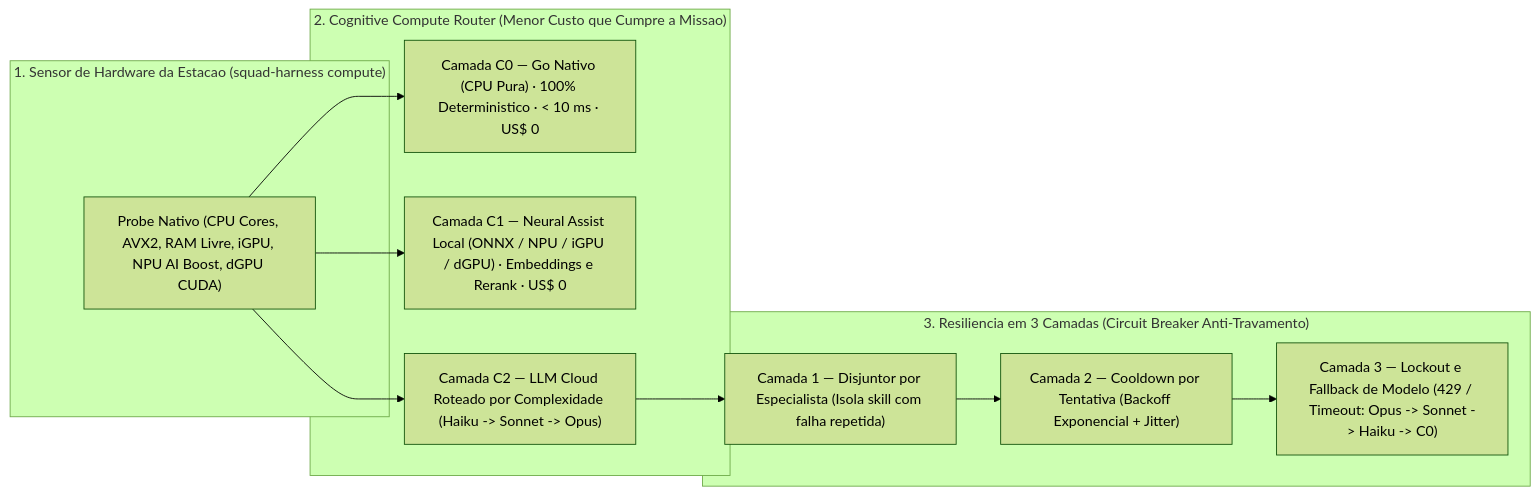
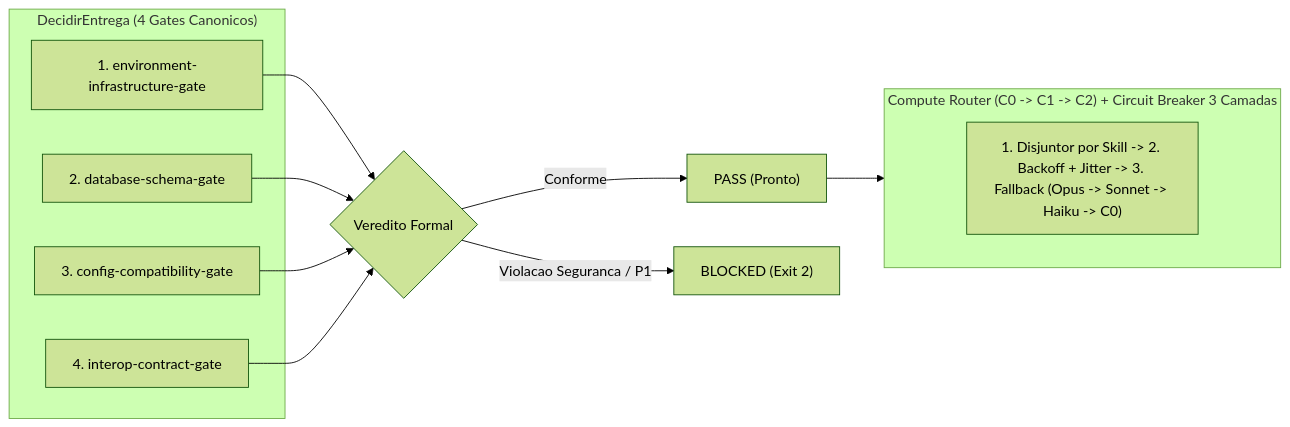
Before and after one commit to thiago701/squad-ai-harness: the third of 3 diagrams in README.md, drawn with Mermaid (forest theme). The commit also changed other lines of this file, not shown here.

Commit message:
docs(readme): refina e enxuga documentacao do core, diagramas e legendas didaticas

````diff
--- a/README.md
+++ b/README.md
@@ -277,25 +179,25 @@
 ```mermaid
 flowchart LR
-    subgraph HW["1. Sensor de Hardware da Estacao (squad-harness compute)"]
-        PROBE["Probe Nativo (CPU Cores, AVX2, RAM Livre, iGPU, NPU AI Boost, dGPU CUDA)"]
+    subgraph GATES["DecidirEntrega (4 Gates Canonicos)"]
+        G1["1. environment-infrastructure-gate"]
+        G2["2. database-schema-gate"]
+        G3["3. config-compatibility-gate"]
+        G4["4. interop-contract-gate"]
     end
 
-    subgraph ROUTER["2. Cognitive Compute Router (Menor Custo que Cumpre a Missao)"]
-        R_C0["Camada C0 — Go Nativo (CPU Pura) · 100% Deterministico · < 10 ms · US$ 0"]
-        R_C1["Camada C1 — Neural Assist Local (ONNX / NPU / iGPU / dGPU) · Embeddings e Rerank · US$ 0"]
-        R_C2["Camada C2 — LLM Cloud Roteado por Complexidade (Haiku -> Sonnet -> Opus)"]
+    DEC{"Veredito Formal"}
+    PASS["PASS (Pronto)"]
+    BLK["BLOCKED (Exit 2)"]
+
+    subgraph RESIL["Compute Router (C0 -> C1 -> C2) + Circuit Breaker 3 Camadas"]
+        CB["1. Disjuntor por Skill -> 2. Backoff + Jitter -> 3. Fallback (Opus -> Sonnet -> Haiku -> C0)"]
     end
 
-    subgraph RESIL["3. Resiliencia em 3 Camadas (Circuit Breaker Anti-Travamento)"]
-        CB1["Camada 1 — Disjuntor por Especialista (Isola skill com falha repetida)"]
-        CB2["Camada 2 — Cooldown por Tentativa (Backoff Exponencial + Jitter)"]
-        CB3["Camada 3 — Lockout e Fallback de Modelo (429 / Timeout: Opus -> Sonnet -> Haiku -> C0)"]
-        CB1 --> CB2
-        CB2 --> CB3
-    end
-
-    PROBE --> R_C0
-    PROBE --> R_C1
-    PROBE --> R_C2
-    R_C2 --> CB1
+    G1 --> DEC
+    G2 --> DEC
+    G3 --> DEC
+    G4 --> DEC
+    DEC -->|"Conforme"| PASS
+    DEC -->|"Violacao Seguranca / P1"| BLK
+    PASS --> RESIL
 ```
````
